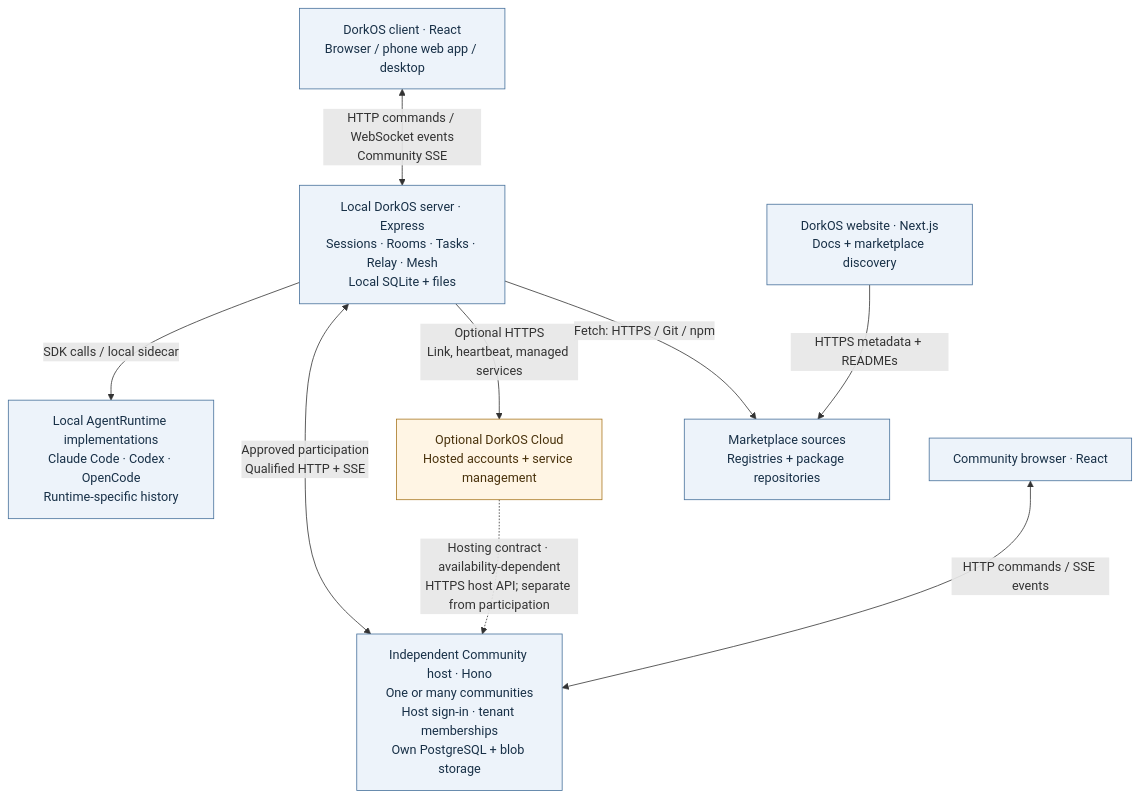
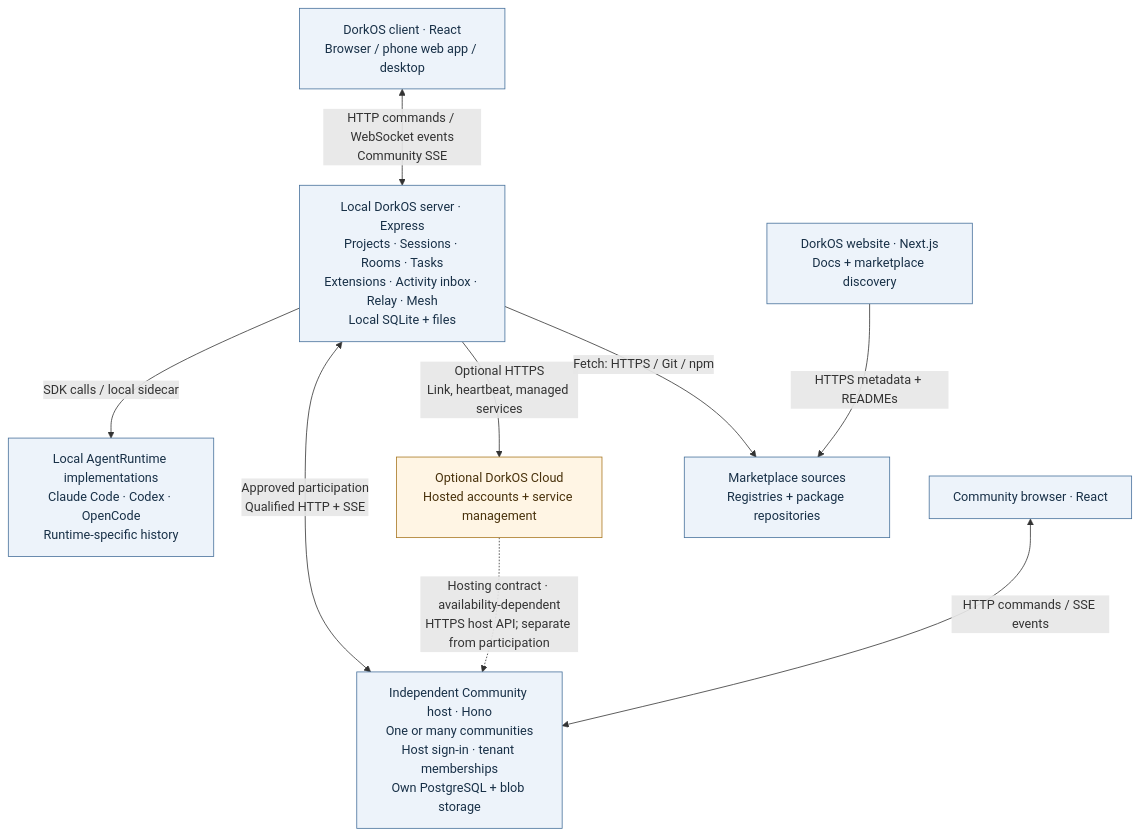
The diagram in contributing/diagrams/architecture/system-context.mmd (dork-labs/dorkos), drawn with Mermaid before and after one commit. The commit also changed 16 other files, not shown here.

Commit message:
docs(architecture): reconcile October projects, Spaces and recovery boundaries

```diff
--- a/contributing/diagrams/architecture/system-context.mmd
+++ b/contributing/diagrams/architecture/system-context.mmd
@@ -1,23 +1,23 @@
 flowchart TB
   accTitle: DorkOS systems and deployment boundaries
   accDescr: The client reaches the local execution server. Independent Community hosts serve multiple communities. Cloud hosting management uses a separate public host API contract; rollout is independent of local implementation. Marketplace discovery and installation use the same package sources.
   client["DorkOS client · React<br/>Browser / phone web app / desktop"]
-  server["Local DorkOS server · Express<br/>Sessions · Rooms · Tasks · Relay · Mesh<br/>Local SQLite + files"]
+  server["Local DorkOS server · Express<br/>Projects · Sessions · Rooms · Tasks<br/>Extensions · Activity inbox · Relay · Mesh<br/>Local SQLite + files"]
   runtime["Local AgentRuntime implementations<br/>Claude Code · Codex · OpenCode<br/>Runtime-specific history"]
   cloud["Optional DorkOS Cloud<br/>Hosted accounts + service management"]
   community["Independent Community host · Hono<br/>One or many communities<br/>Host sign-in · tenant memberships<br/>Own PostgreSQL + blob storage"]
   communityUI["Community browser · React"]
   sources["Marketplace sources<br/>Registries + package repositories"]
   site["DorkOS website · Next.js<br/>Docs + marketplace discovery"]
   client <-->|"HTTP commands / WebSocket events<br/>Community SSE"| server
   server -->|"SDK calls / local sidecar"| runtime
   server -->|"Optional HTTPS<br/>Link, heartbeat, managed services"| cloud
   server <-->|"Approved participation<br/>Qualified HTTP + SSE"| community
   cloud -.->|"Hosting contract · availability-dependent<br/>HTTPS host API; separate from participation"| community
   communityUI <-->|"HTTP commands / SSE events"| community
   server -->|"Fetch: HTTPS / Git / npm"| sources
   site -->|"HTTPS metadata + READMEs"| sources
   classDef service fill:#edf3fa,stroke:#46709b,color:#183047
   classDef hosted fill:#fff5e4,stroke:#a87720,color:#49320c
   class server,community,runtime,client,communityUI,site,sources service
   class cloud hosted
```
